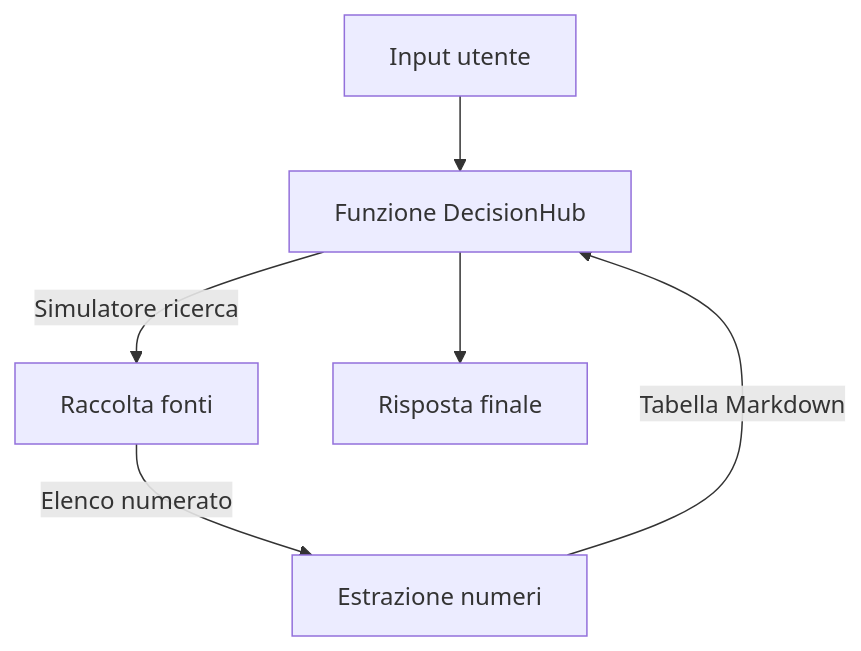
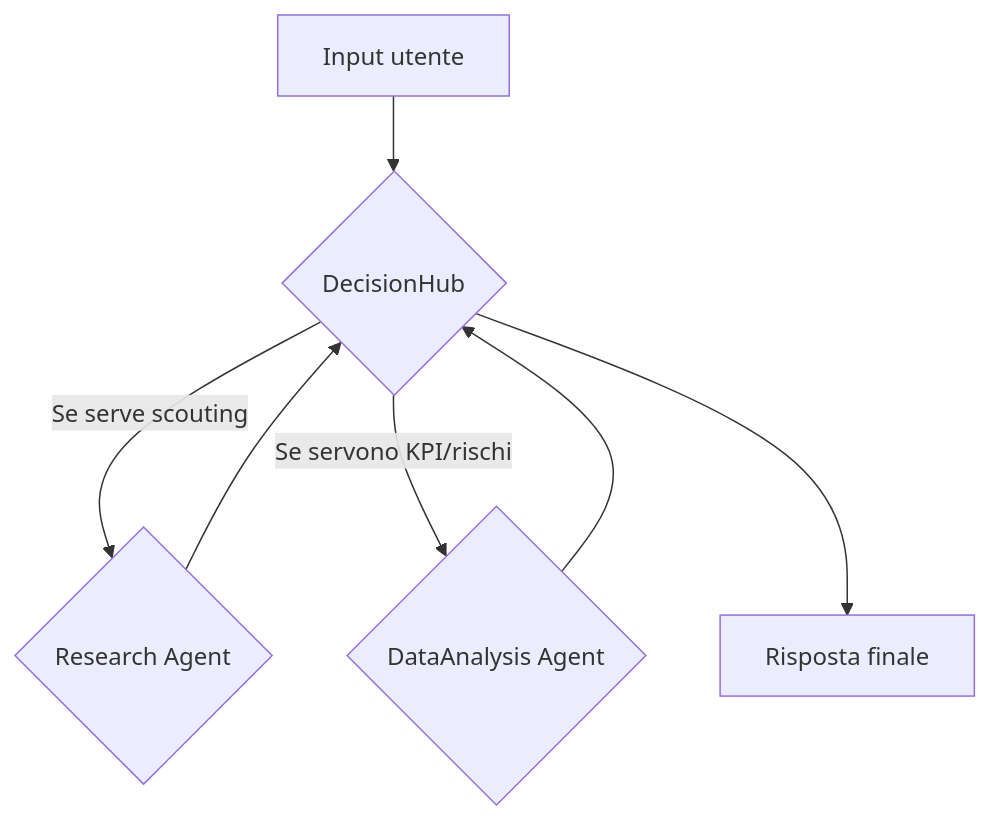
Before and after one commit to Rkomi98/Datapizza: the first of 2 diagrams in DatapizzAI/PizzAI/Agents/README_AGENT_COMPLETE_GUIDE.md, drawn with Mermaid. The commit also changed other lines of this file and 2 other files, not shown here.

````diff
--- a/DatapizzAI/PizzAI/Agents/README_AGENT_COMPLETE_GUIDE.md
+++ b/DatapizzAI/PizzAI/Agents/README_AGENT_COMPLETE_GUIDE.md
@@ -82,8 +79,9 @@
 ```mermaid
 graph TD
-    U["Input utente"] --> H["Funzione DecisionHub"]
-    H -->|Simulatore ricerca| R["Raccolta fonti"]
-    R -->|Elenco numerato| T["Estrazione numeri"]
-    T -->|Tabella Markdown| H
+    U["Input utente"] --> H{"DecisionHub"}
+    H -->|Se serve scouting| R{"Research Agent"}
+    H -->|Se servono KPI/rischi| D{"DataAnalysis Agent"}
+    R --> H
+    D --> H
     H --> F["Risposta finale"]
 ```
````
